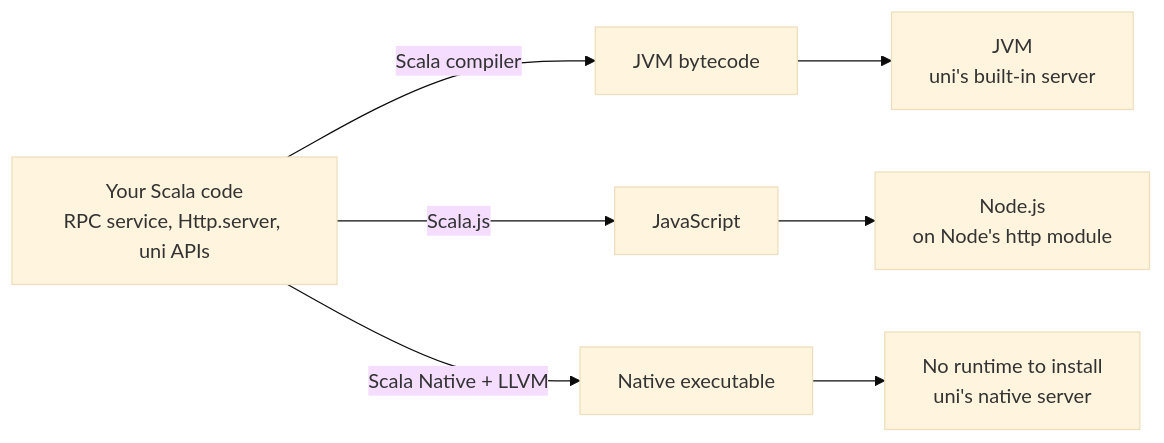
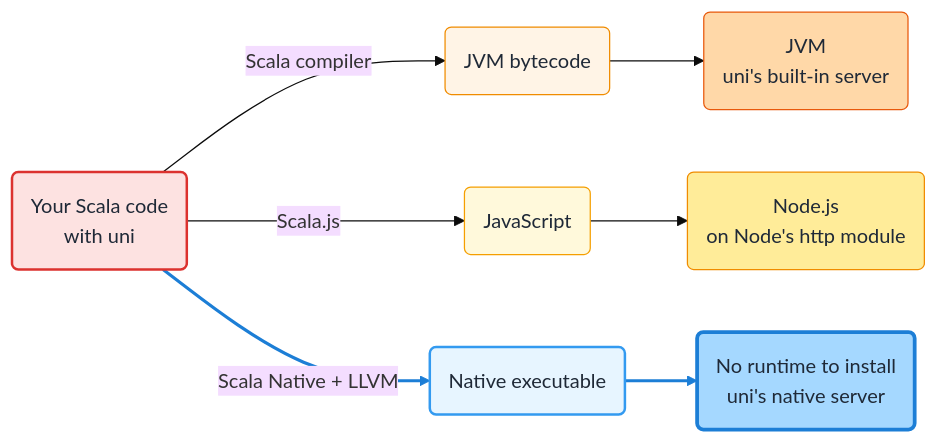
The diagram in docs/blog/2026-11-19-native-server-performance.md (wvlet/uni), drawn with Mermaid (base theme) before and after one commit. The commit also changed other lines of this file, not shown here.

Commit message:
docs: Color the cross-platform diagram by target and keep the server snippet from scrolling

````diff
--- a/docs/blog/2026-11-19-native-server-performance.md
+++ b/docs/blog/2026-11-19-native-server-performance.md
@@ -25,10 +25,25 @@
 ```mermaid
 flowchart LR
-  src["Your Scala code<br/>RPC service, Http.server, uni APIs"]
-  src -->|Scala compiler| jvm["JVM bytecode"]
-  src -->|Scala.js| js["JavaScript"]
-  src -->|Scala Native + LLVM| bin["Native executable"]
-  jvm --> r1["JVM<br/>uni's built-in server"]
-  js --> r2["Node.js<br/>on Node's http module"]
-  bin --> r3["No runtime to install<br/>uni's native server"]
+  src("Your Scala code<br/>with uni")
+  src -->|Scala compiler| jvm("JVM bytecode")
+  src -->|Scala.js| js("JavaScript")
+  src -->|Scala Native + LLVM| bin("Native executable")
+  jvm --> r1("JVM<br/>uni's built-in server")
+  js --> r2("Node.js<br/>on Node's http module")
+  bin --> r3("No runtime to install<br/>uni's native server")
+  classDef scala fill:#fde2e1,stroke:#dc322f,stroke-width:2px,color:#1f2937
+  classDef jvm1 fill:#fff4e6,stroke:#f08c00,color:#1f2937
+  classDef jvm2 fill:#ffd8a8,stroke:#e8590c,color:#1f2937
+  classDef js1 fill:#fff9db,stroke:#f59f00,color:#1f2937
+  classDef js2 fill:#ffec99,stroke:#f08c00,color:#1f2937
+  classDef nat1 fill:#e7f5ff,stroke:#339af0,stroke-width:2px,color:#1f2937
+  classDef nat2 fill:#a5d8ff,stroke:#1c7ed6,stroke-width:3px,color:#1f2937
+  class src scala
+  class jvm jvm1
+  class r1 jvm2
+  class js js1
+  class r2 js2
+  class bin nat1
+  class r3 nat2
+  linkStyle 2,5 stroke:#1c7ed6,stroke-width:2.5px
 ```
````
